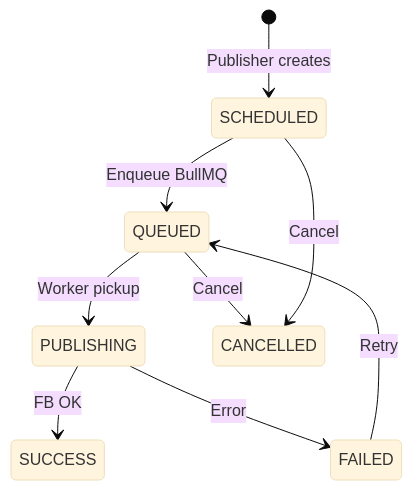
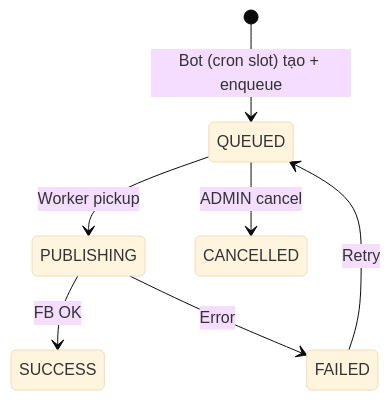
One commit to hieptvh18/auto-post-social changed the second of 2 diagrams in docs/02-architecture.md. Above: the diagram before and after it, drawn with Mermaid (base theme). The commit also changed other lines of this file and 32 other files, not shown here.

````diff
--- a/docs/02-architecture.md
+++ b/docs/02-architecture.md
@@ -306,11 +331,9 @@
 ```mermaid
 stateDiagram-v2
-    [*] --> SCHEDULED: Publisher creates
-    SCHEDULED --> QUEUED: Enqueue BullMQ
+    [*] --> QUEUED: Bot (cron slot) tạo + enqueue
     QUEUED --> PUBLISHING: Worker pickup
     PUBLISHING --> SUCCESS: FB OK
     PUBLISHING --> FAILED: Error
     FAILED --> QUEUED: Retry
-    QUEUED --> CANCELLED: Cancel
-    SCHEDULED --> CANCELLED: Cancel
+    QUEUED --> CANCELLED: ADMIN cancel
 ```
````
